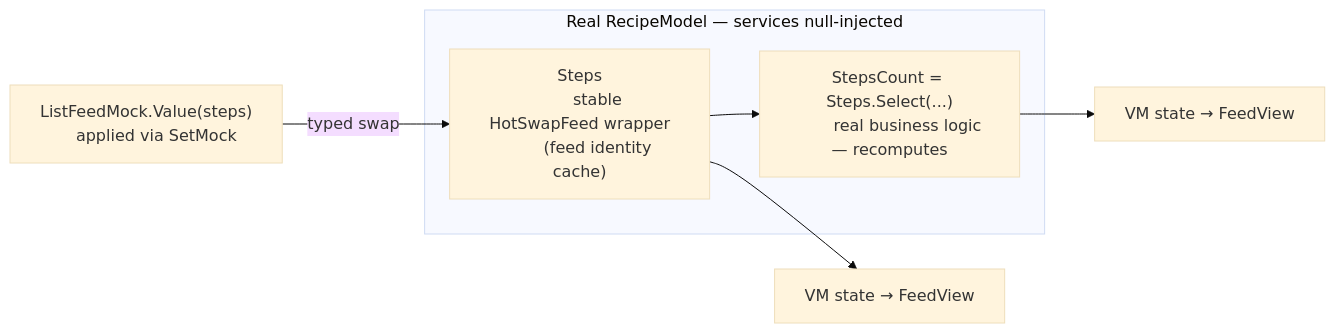
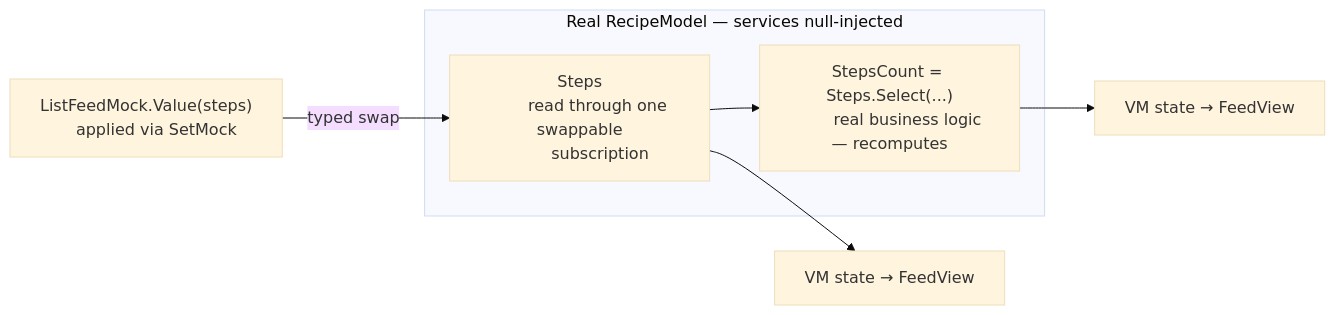
The first of 5 diagrams in specs/013-mvux-mocking-previews/spec.md (unoplatform/uno.extensions), drawn with Mermaid (base theme) before and after one commit. The commit also changed other lines of this file and 3 other files, not shown here.

First line of the commit message:
docs(specs): describe the swap of the context's subscription

````diff
--- a/specs/013-mvux-mocking-previews/spec.md
+++ b/specs/013-mvux-mocking-previews/spec.md
@@ -36,16 +36,16 @@
 ```mermaid
 flowchart LR
     MOCK["ListFeedMock.Value(steps)
     applied via SetMock"]
     subgraph MODEL["Real RecipeModel — services null-injected"]
         W["Steps
-        stable HotSwapFeed wrapper
-        (feed identity cache)"]
+        read through one swappable
+        subscription"]
         BL["StepsCount = Steps.Select(...)
         real business logic — recomputes"]
         W --> BL
     end
     MOCK -->|typed swap| W
     W --> UI1["VM state → FeedView"]
     BL --> UI2["VM state → FeedView"]
 ```
````
